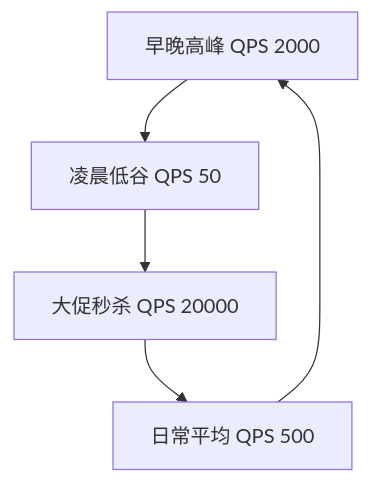
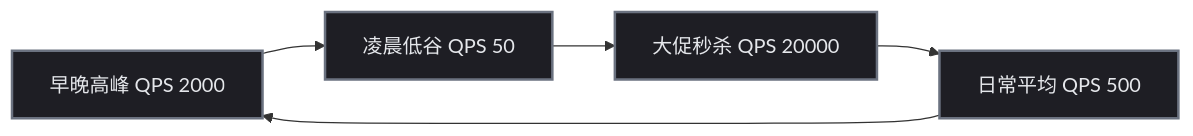
Before and after one commit to yaocat55/yaocat55.github.io: the fifth of 6 diagrams in content/posts/concurrency/ThreadPoolExecutor.md, drawn with Mermaid. The commit also changed other lines of this file and 155 other files, not shown here.

````diff
--- a/content/posts/concurrency/ThreadPoolExecutor.md
+++ b/content/posts/concurrency/ThreadPoolExecutor.md
@@ -1120,7 +1125,12 @@
 ```mermaid
-flowchart TD
+flowchart LR
+%% 半暗底色 + 高亮描边：完美适配博客深色/浅色双主题 %%
+classDef process fill:#1e1e24,stroke:#6b7280,stroke-width:2px,color:#e5e7eb;
     MORNING[早晚高峰 QPS 2000] --> IDLE[凌晨低谷 QPS 50]
     IDLE --> EVENT[大促秒杀 QPS 20000]
     EVENT --> NORMAL[日常平均 QPS 500]
     NORMAL --> MORNING
+
+
+class EVENT,IDLE,MORNING,NORMAL process;
 ```
````
